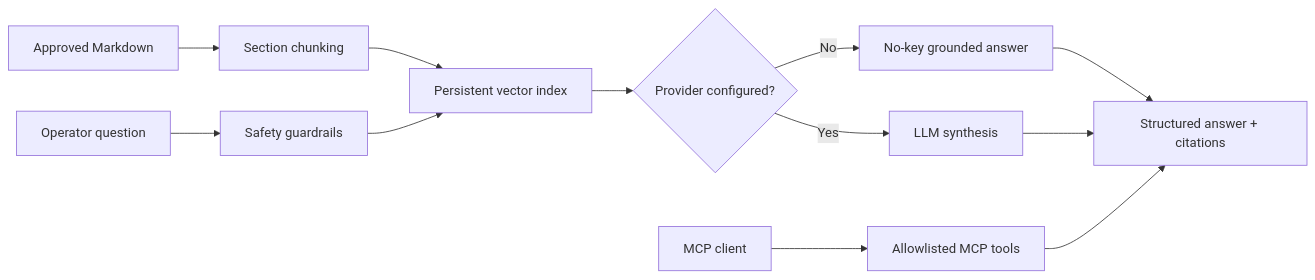
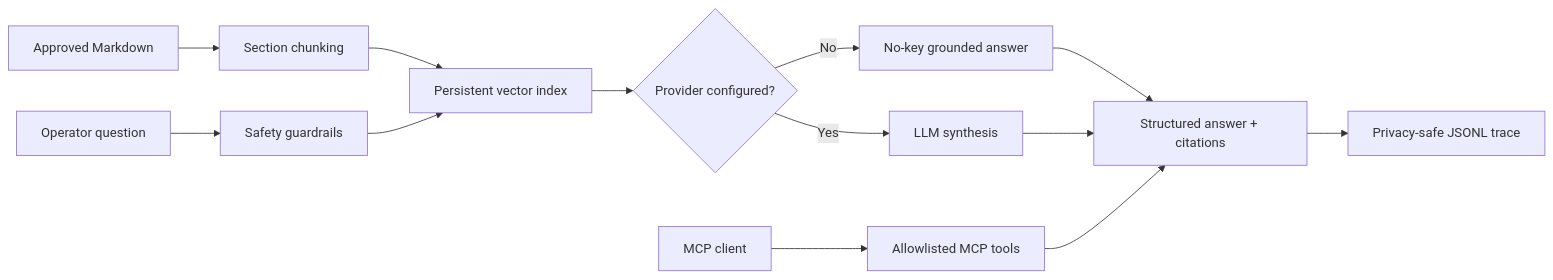
Before and after one commit to anveshsvemuri/data-platform-copilot: the diagram in README.md, drawn with Mermaid. The commit also changed other lines of this file and 4 other files, not shown here.

Commit message:
feat: add privacy-safe copilot observability

````diff
--- a/README.md
+++ b/README.md
@@ -9,14 +9,15 @@
 ```mermaid
 flowchart LR
     A[Approved Markdown] --> B[Section chunking]
     B --> V[Persistent vector index]
     Q[Operator question] --> C[Safety guardrails]
     C --> V
     V --> D{Provider configured?}
     D -->|No| E[No-key grounded answer]
     D -->|Yes| F[LLM synthesis]
     E --> G[Structured answer + citations]
     F --> G
+    G --> T[Privacy-safe JSONL trace]
     M[MCP client] --> H[Allowlisted MCP tools]
     H --> G
 ```
````
